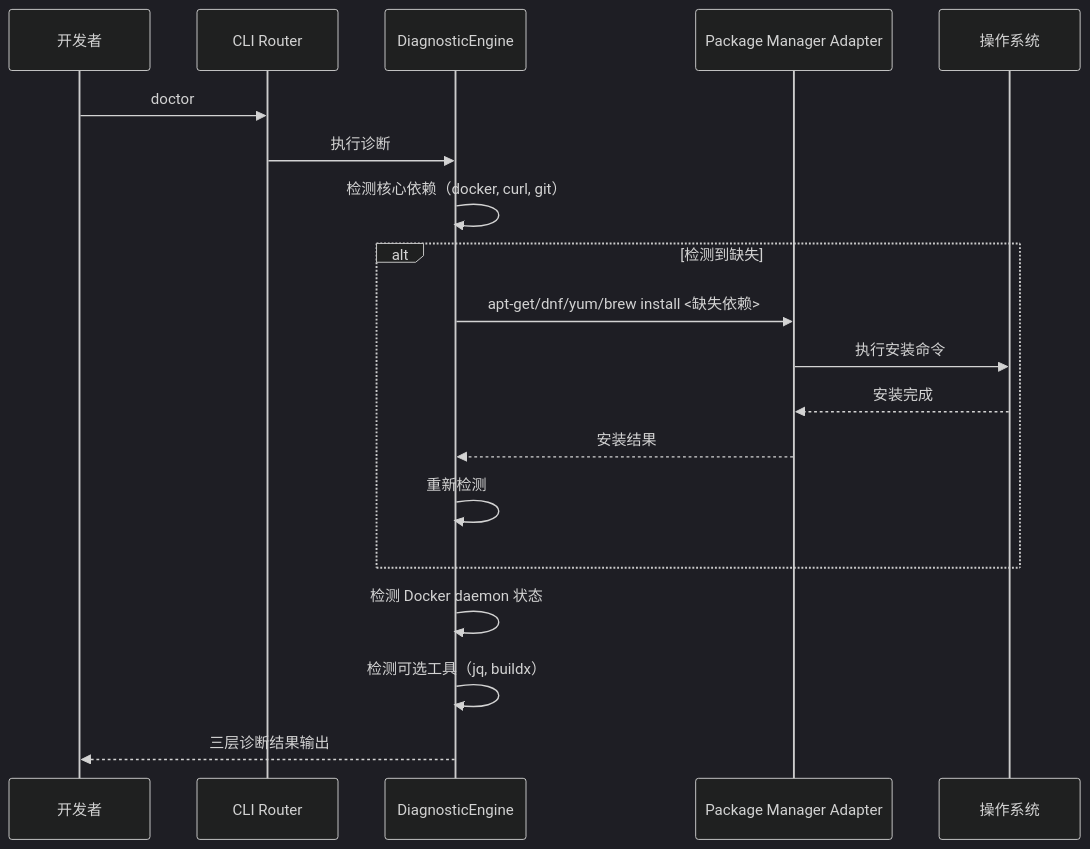
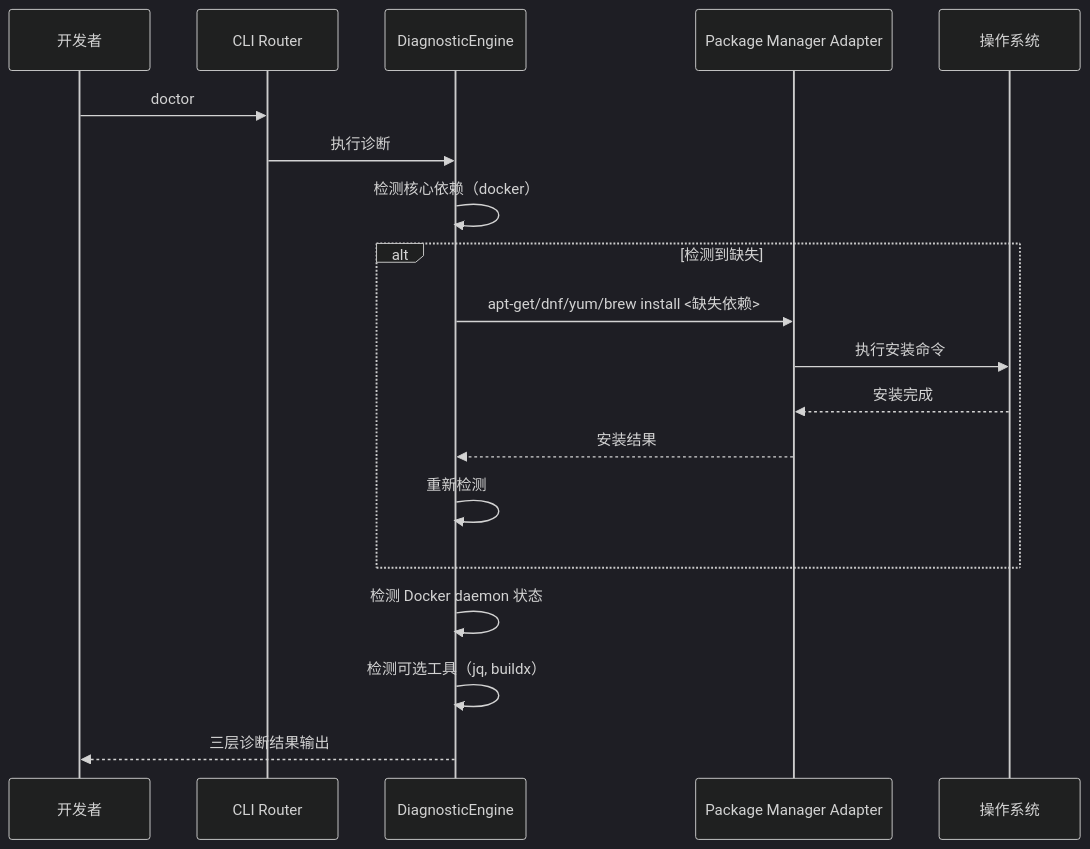
Diagram 20 of 23 in docs/features/agent-forge/design.md (bianc2018/AgentForge), drawn with Mermaid (dark theme) before and after one commit. The commit also changed other lines of this file and 4 other files, not shown here.

First line of the commit message:
fix: 将 curl/git 从核心依赖调整为 Go 编译期/可选依赖

````diff
--- a/docs/features/agent-forge/design.md
+++ b/docs/features/agent-forge/design.md
@@ -1134,22 +1134,22 @@
 ```mermaid
 sequenceDiagram
     participant Dev as 开发者
     participant CLI as CLI Router
     participant DE as DiagnosticEngine
     participant PM as Package Manager Adapter
     participant OS as 操作系统
 
     Dev->>CLI: doctor
     CLI->>DE: 执行诊断
-    DE->>DE: 检测核心依赖（docker, curl, git）
+    DE->>DE: 检测核心依赖（docker）
     alt 检测到缺失
         DE->>PM: apt-get/dnf/yum/brew install <缺失依赖>
         PM->>OS: 执行安装命令
         OS-->>PM: 安装完成
         PM-->>DE: 安装结果
         DE->>DE: 重新检测
     end
     DE->>DE: 检测 Docker daemon 状态
     DE->>DE: 检测可选工具（jq, buildx）
     DE-->>Dev: 三层诊断结果输出
 ```
````
